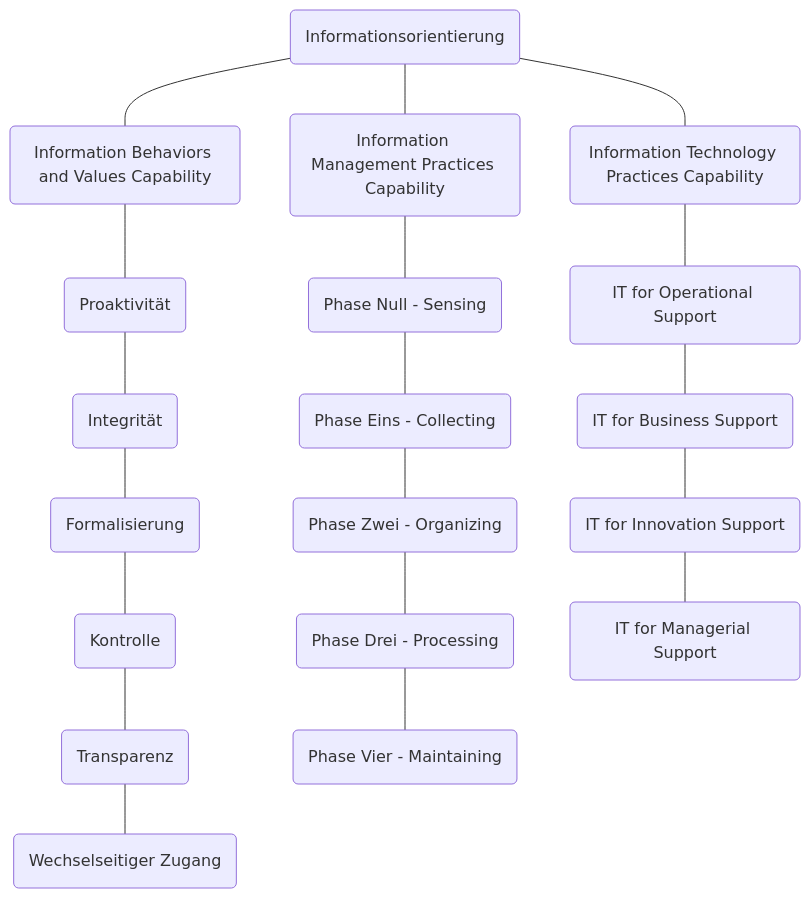
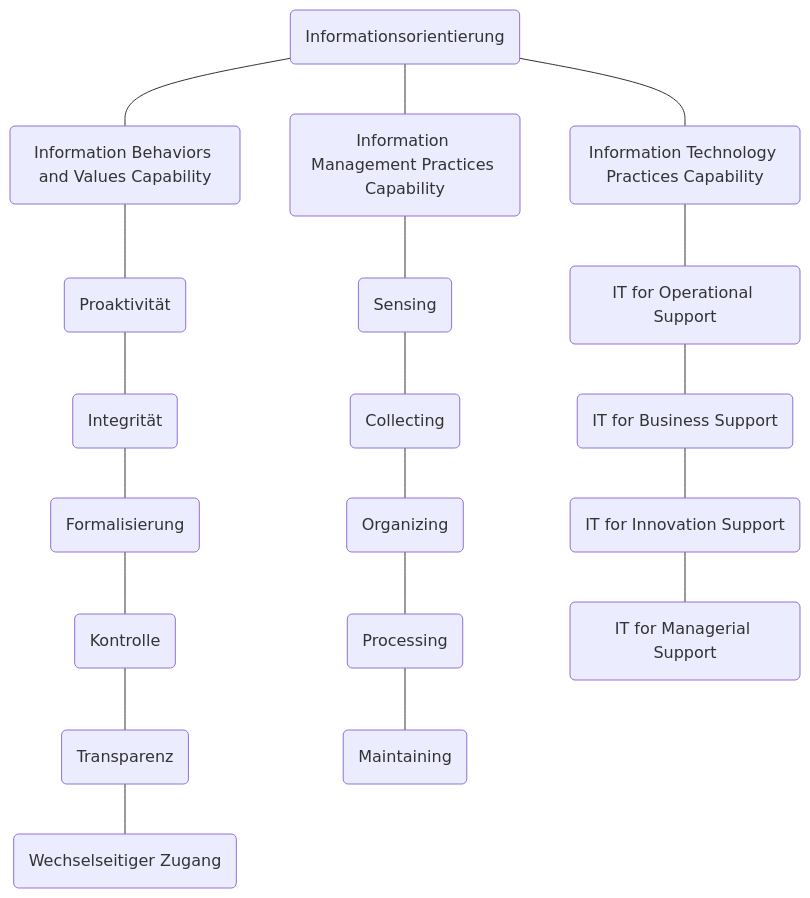
The first of 2 diagrams in docs/Informationsmanagement/Informationsmanagement-in-Organisationen/Informationsorientierung.md (heshsum/winfowiki), drawn with Mermaid before and after one commit.

Commit message:
Diagramm korrigiert

````diff
--- a/docs/Informationsmanagement/Informationsmanagement-in-Organisationen/Informationsorientierung.md
+++ b/docs/Informationsmanagement/Informationsmanagement-in-Organisationen/Informationsorientierung.md
@@ -17,41 +17,41 @@
 ```mermaid
 graph TD;
     a("Informationsorientierung")
     b("Information Behaviors and Values Capability")
     b1(Proaktivität)
     b2(Integrität)
     b3(Formalisierung)
     b4(Kontrolle)
     b5(Transparenz)
     b6("Wechselseitiger Zugang")
     c("Information Management Practices Capability")
-    c1(Phase Null - Sensing)
-    c2(Phase Eins - Collecting)
-    c3(Phase Zwei - Organizing)
-    c4(Phase Drei - Processing)
-    c5(Phase Vier - Maintaining)
+    c1(Sensing)
+    c2(Collecting)
+    c3(Organizing)
+    c4(Processing)
+    c5(Maintaining)
     d("Information Technology Practices Capability")
     d1(IT for Operational Support)
     d2(IT for Business Support)
     d3(IT for Innovation Support)
     d4(IT for Managerial Support)
 
     a --- b
     b --- b1
     b1 --- b2
     b2 --- b3
     b3 --- b4
     b4 --- b5
     b5 --- b6
     a --- c
     c --- c1
     c1 --- c2
     c2 --- c3
     c3 --- c4
     c4 --- c5
     a --- d
     d --- d1
     d1 --- d2
     d2 --- d3
     d3 --- d4
 ```
````
